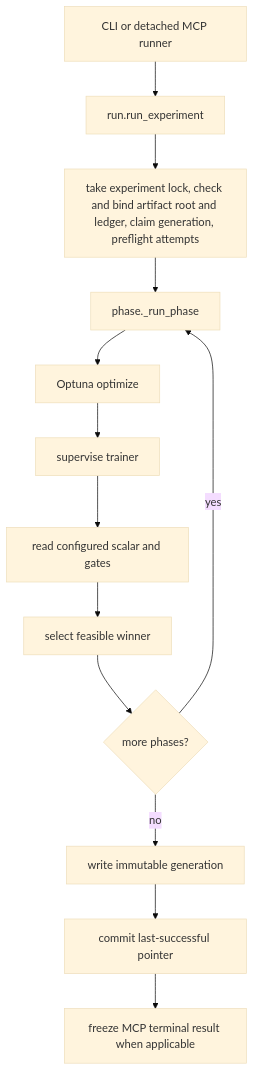
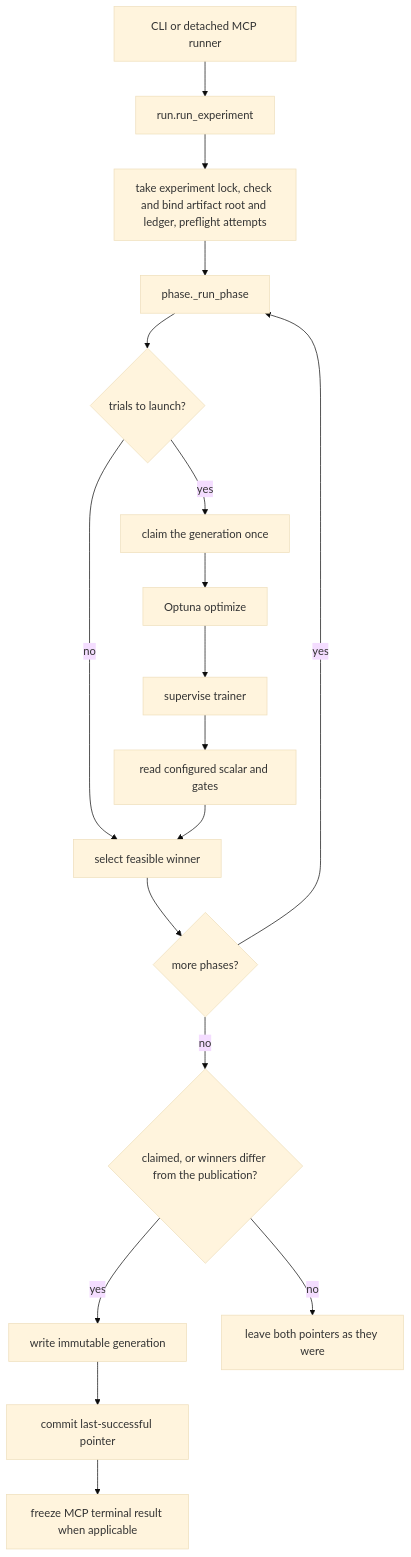
The diagram in docs/development.md (pszemraj/phasesweep), drawn with Mermaid (base theme) before and after one commit. The commit also changed other lines of this file and 200 other files, not shown here.

````diff
--- a/docs/development.md
+++ b/docs/development.md
@@ -174,15 +191,20 @@
 ```mermaid
 flowchart TD
     cli["CLI or detached MCP runner"] --> run["run.run_experiment"]
-    run --> preflight["take experiment lock, check and bind artifact root and ledger, claim generation, preflight attempts"]
+    run --> preflight["take experiment lock, check and bind artifact root and ledger, preflight attempts"]
     preflight --> phase["phase._run_phase"]
-    phase --> optimize["Optuna optimize"]
+    phase --> work{"trials to launch?"}
+    work -->|yes| claim["claim the generation once"]
+    work -->|no| select
+    claim --> optimize["Optuna optimize"]
     optimize --> launch["supervise trainer"]
     launch --> evidence["read configured scalar and gates"]
     evidence --> select["select feasible winner"]
     select --> next{"more phases?"}
     next -->|yes| phase
-    next -->|no| generation["write immutable generation"]
+    next -->|no| changed{"claimed, or winners differ from the publication?"}
+    changed -->|yes| generation["write immutable generation"]
+    changed -->|no| unchanged["leave both pointers as they were"]
     generation --> pointer["commit last-successful pointer"]
     pointer --> snapshot["freeze MCP terminal result when applicable"]
 ```
````
